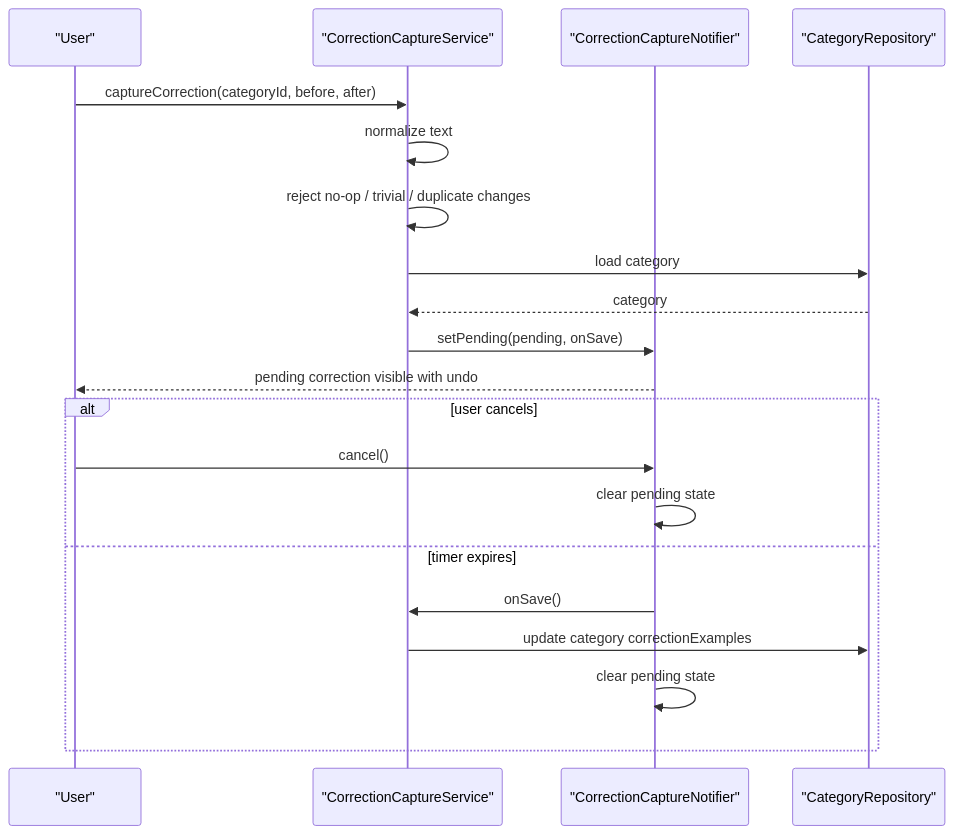
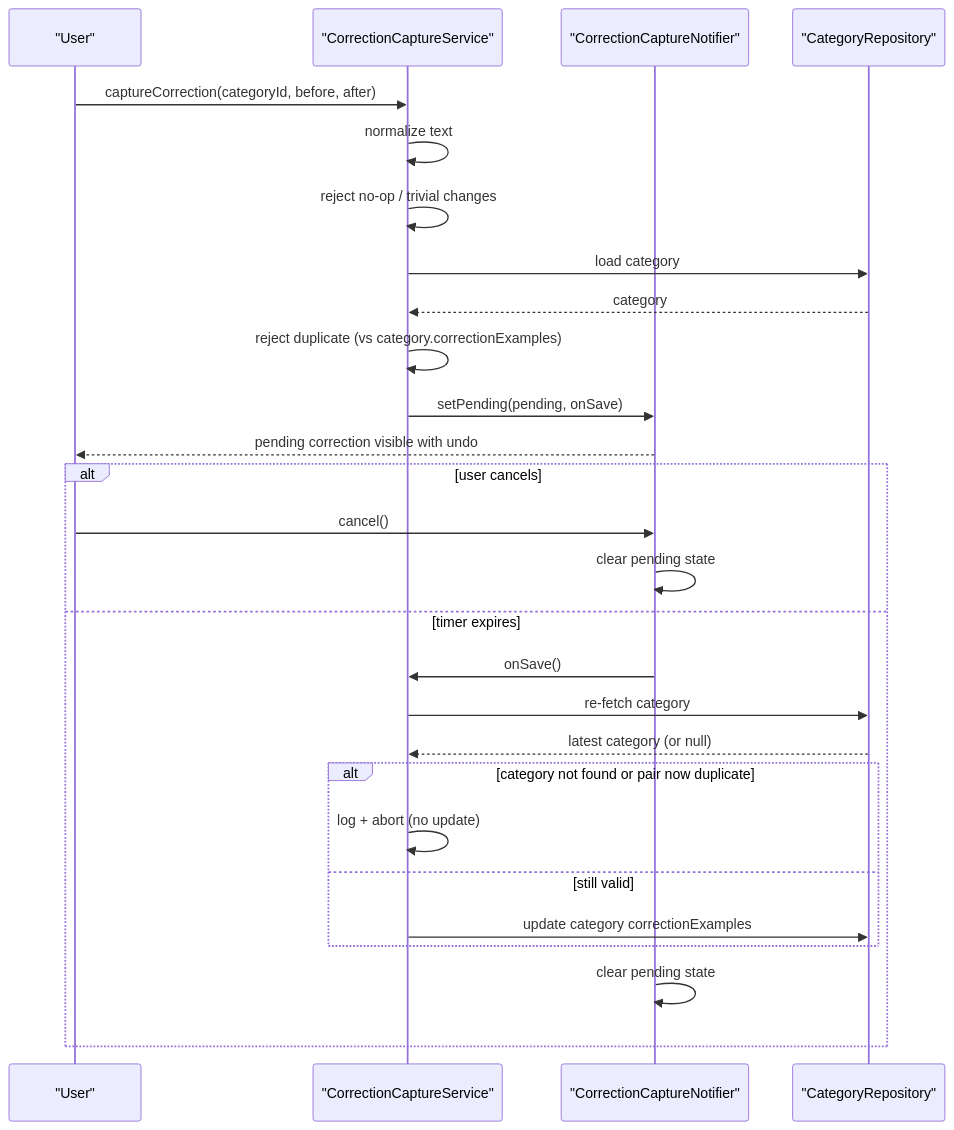
Before and after one commit to matthiasn/lotti: the second of 3 diagrams in lib/features/checklist/README.md, drawn with Mermaid. The commit also changed other lines of this file and 43 other files, not shown here.

````diff
--- a/lib/features/checklist/README.md
+++ b/lib/features/checklist/README.md
@@ -43,23 +43,30 @@
 ```mermaid
 sequenceDiagram
   participant User as "User"
   participant Service as "CorrectionCaptureService"
   participant Notifier as "CorrectionCaptureNotifier"
   participant Repo as "CategoryRepository"
 
   User->>Service: captureCorrection(categoryId, before, after)
   Service->>Service: normalize text
-  Service->>Service: reject no-op / trivial / duplicate changes
+  Service->>Service: reject no-op / trivial changes
   Service->>Repo: load category
   Repo-->>Service: category
+  Service->>Service: reject duplicate (vs category.correctionExamples)
   Service->>Notifier: setPending(pending, onSave)
   Notifier-->>User: pending correction visible with undo
   alt user cancels
     User->>Notifier: cancel()
     Notifier->>Notifier: clear pending state
   else timer expires
     Notifier->>Service: onSave()
-    Service->>Repo: update category correctionExamples
+    Service->>Repo: re-fetch category
+    Repo-->>Service: latest category (or null)
+    alt category not found or pair now duplicate
+      Service->>Service: log + abort (no update)
+    else still valid
+      Service->>Repo: update category correctionExamples
+    end
     Notifier->>Notifier: clear pending state
   end
 ```
````
